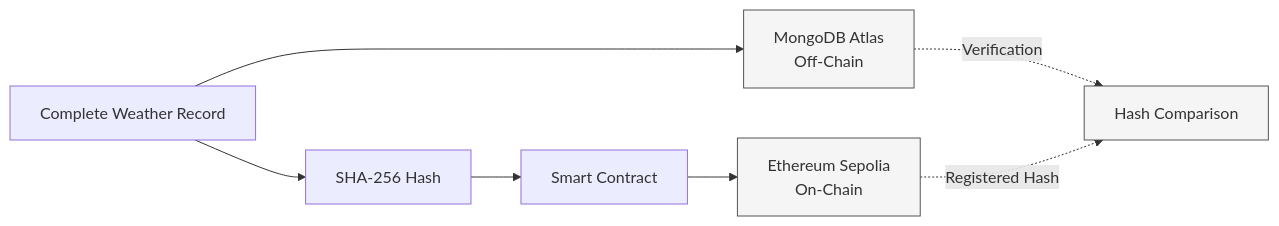
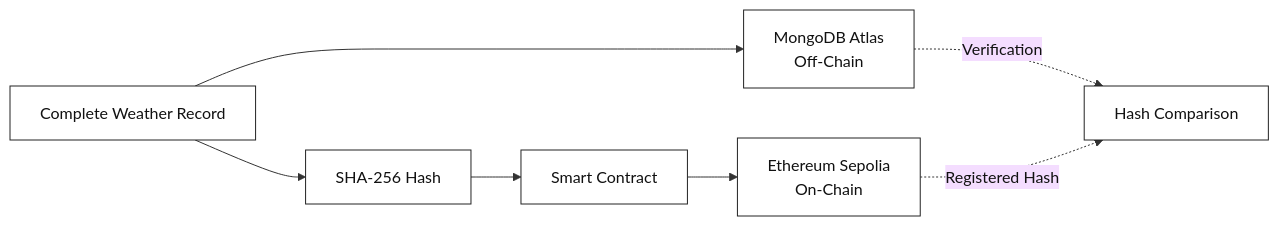
The third of 3 diagrams in README.md (AtharvaP555/blockchain-weather-integrity), drawn with Mermaid before and after one commit. The commit also changed other lines of this file, not shown here.

Commit message:
Fix verification diagram styling

````diff
--- a/README.md
+++ b/README.md
@@ -313,18 +320,22 @@
 ```mermaid
+%%{init: {'theme':'base', 'themeVariables': {'primaryTextColor':'#111111', 'secondaryTextColor':'#111111', 'tertiaryTextColor':'#111111', 'lineColor':'#333333'}}}%%
 flowchart LR
 
     R[Complete Weather Record]
 
     R --> M[MongoDB Atlas<br/>Off-Chain]
     R --> H[SHA-256 Hash]
 
     H --> S[Smart Contract]
     S --> B[Ethereum Sepolia<br/>On-Chain]
 
     M -. Verification .-> V[Hash Comparison]
     B -. Registered Hash .-> V
 
-    style M fill:#f5f5f5,stroke:#555
-    style B fill:#f5f5f5,stroke:#555
-    style V fill:#f5f5f5,stroke:#555
+    style R fill:#ffffff,stroke:#222222,color:#111111
+    style M fill:#ffffff,stroke:#222222,color:#111111
+    style H fill:#ffffff,stroke:#222222,color:#111111
+    style S fill:#ffffff,stroke:#222222,color:#111111
+    style B fill:#ffffff,stroke:#222222,color:#111111
+    style V fill:#ffffff,stroke:#222222,color:#111111
 ```
````
